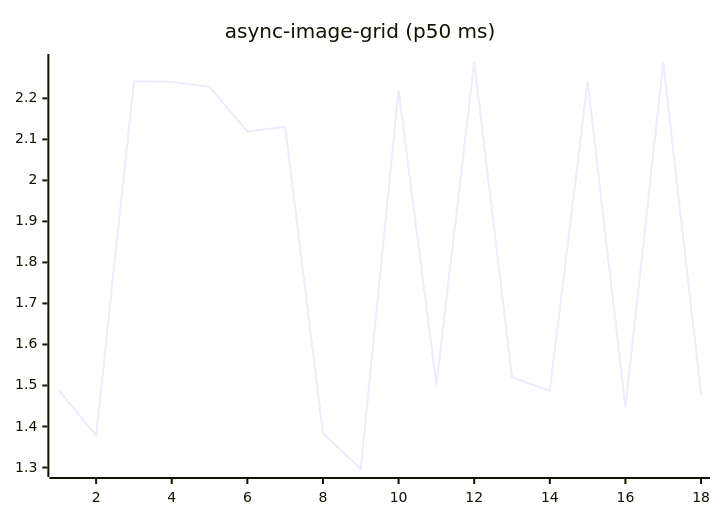
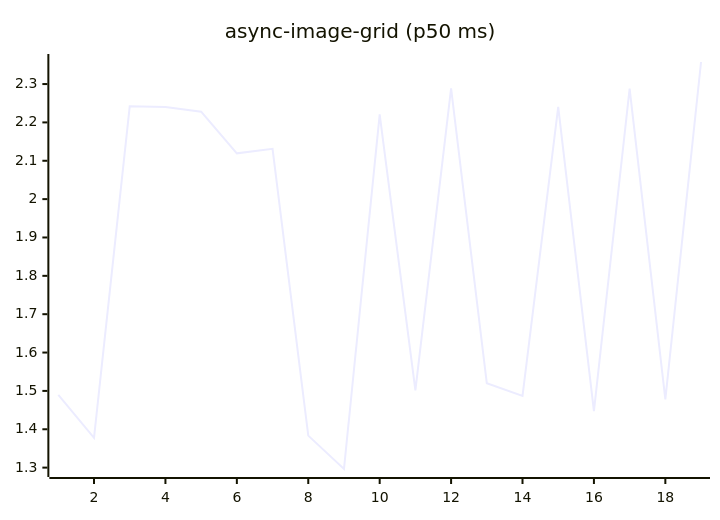
Before and after one commit to josha/Facet: the fifth of 27 diagrams in README.md, drawn with Mermaid. The commit also changed other lines of this file and 2 other files, not shown here.

````diff
--- a/README.md
+++ b/README.md
@@ -91,6 +91,6 @@
 ```mermaid
 xychart-beta
     title "async-image-grid (p50 ms)"
-    x-axis 1 --> 18
-    line [1.4898, 1.3778, 2.2419, 2.2404, 2.2280, 2.1194, 2.1310, 1.3834, 1.2964, 2.2208, 1.5015, 2.2886, 1.5200, 1.4868, 2.2404, 1.4470, 2.2880, 1.4779]
+    x-axis 1 --> 19
+    line [1.4898, 1.3778, 2.2419, 2.2404, 2.2280, 2.1194, 2.1310, 1.3834, 1.2964, 2.2208, 1.5015, 2.2886, 1.5200, 1.4868, 2.2404, 1.4470, 2.2880, 1.4779, 2.3575]
 ```
````
